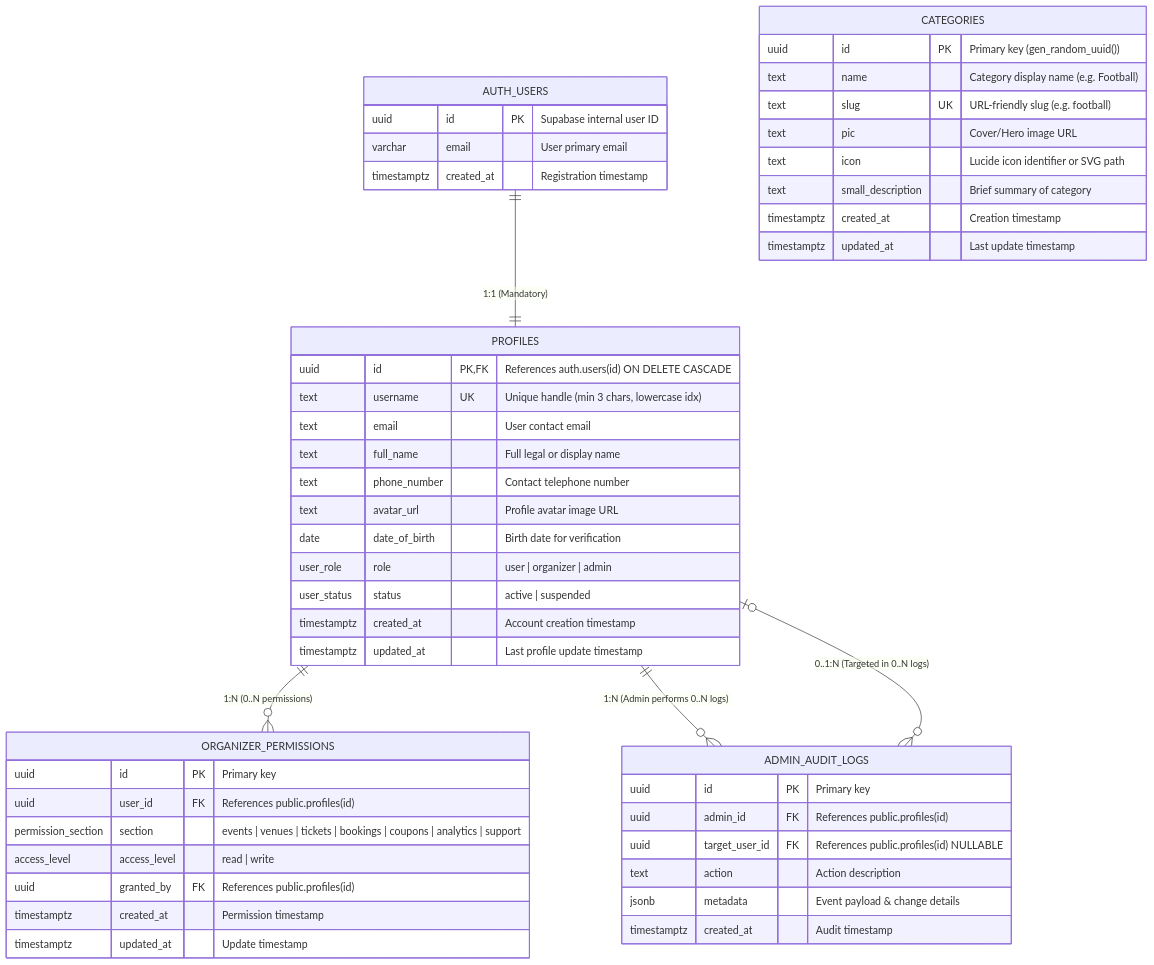
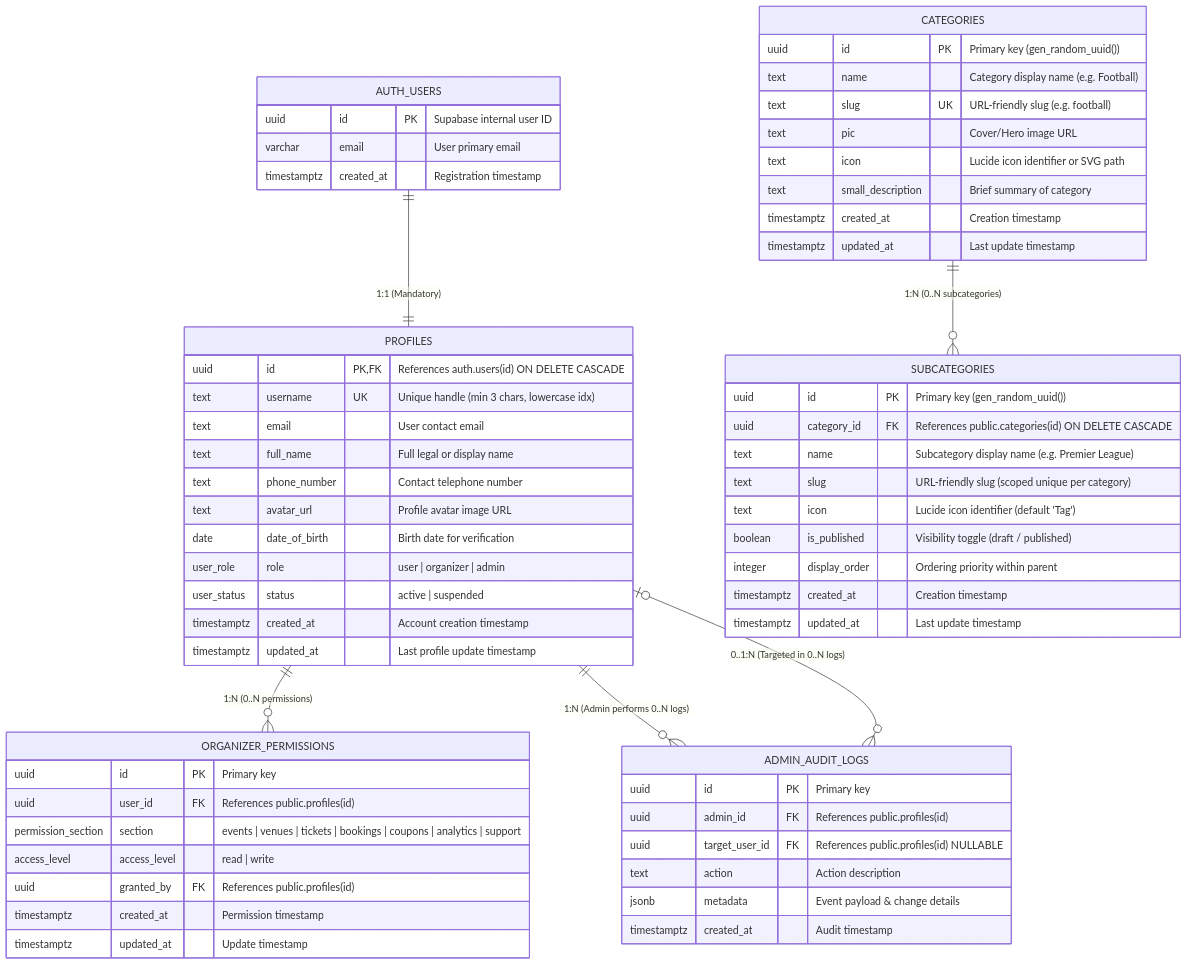
One commit to AbdullahAhmed903/Tiqora changed the second of 4 diagrams in docs/DB_STRUCTURE.md. Above: the diagram before and after it, drawn with Mermaid. The commit also changed other lines of this file and 3 other files, not shown here.

````diff
--- a/docs/DB_STRUCTURE.md
+++ b/docs/DB_STRUCTURE.md
@@ -142,62 +161,75 @@
 ```mermaid
 erDiagram
     %% Crow's Foot Notation:
     %% ||--|| : Exactly 1 to Exactly 1 (1:1 Mandatory)
     %% ||--o{ : 1 Mandatory to 0..N Optional (1:N Partial)
     %% |o--o{ : 0..1 Optional to 0..N Optional
 
     AUTH_USERS ||--|| PROFILES : "1:1 (Mandatory)"
     PROFILES ||--o{ ORGANIZER_PERMISSIONS : "1:N (0..N permissions)"
     PROFILES ||--o{ ADMIN_AUDIT_LOGS : "1:N (Admin performs 0..N logs)"
     PROFILES |o--o{ ADMIN_AUDIT_LOGS : "0..1:N (Targeted in 0..N logs)"
+    CATEGORIES ||--o{ SUBCATEGORIES : "1:N (0..N subcategories)"
 
     AUTH_USERS {
         uuid id PK "Supabase internal user ID"
         varchar email "User primary email"
         timestamptz created_at "Registration timestamp"
     }
 
     PROFILES {
         uuid id PK,FK "References auth.users(id) ON DELETE CASCADE"
         text username UK "Unique handle (min 3 chars, lowercase idx)"
         text email "User contact email"
         text full_name "Full legal or display name"
         text phone_number "Contact telephone number"
         text avatar_url "Profile avatar image URL"
         date date_of_birth "Birth date for verification"
         user_role role "user | organizer | admin"
         user_status status "active | suspended"
         timestamptz created_at "Account creation timestamp"
         timestamptz updated_at "Last profile update timestamp"
     }
 
     CATEGORIES {
         uuid id PK "Primary key (gen_random_uuid())"
         text name "Category display name (e.g. Football)"
         text slug UK "URL-friendly slug (e.g. football)"
         text pic "Cover/Hero image URL"
         text icon "Lucide icon identifier or SVG path"
         text small_description "Brief summary of category"
         timestamptz created_at "Creation timestamp"
         timestamptz updated_at "Last update timestamp"
     }
 
+    SUBCATEGORIES {
+        uuid id PK "Primary key (gen_random_uuid())"
+        uuid category_id FK "References public.categories(id) ON DELETE CASCADE"
+        text name "Subcategory display name (e.g. Premier League)"
+        text slug "URL-friendly slug (scoped unique per category)"
+        text icon "Lucide icon identifier (default 'Tag')"
+        boolean is_published "Visibility toggle (draft / published)"
+        integer display_order "Ordering priority within parent"
+        timestamptz created_at "Creation timestamp"
+        timestamptz updated_at "Last update timestamp"
+    }
+
     ORGANIZER_PERMISSIONS {
         uuid id PK "Primary key"
         uuid user_id FK "References public.profiles(id)"
         permission_section section "events | venues | tickets | bookings | coupons | analytics | support"
         access_level access_level "read | write"
         uuid granted_by FK "References public.profiles(id)"
         timestamptz created_at "Permission timestamp"
         timestamptz updated_at "Update timestamp"
     }
 
     ADMIN_AUDIT_LOGS {
         uuid id PK "Primary key"
         uuid admin_id FK "References public.profiles(id)"
         uuid target_user_id FK "References public.profiles(id) NULLABLE"
         text action "Action description"
         jsonb metadata "Event payload & change details"
         timestamptz created_at "Audit timestamp"
     }
 ```
````
